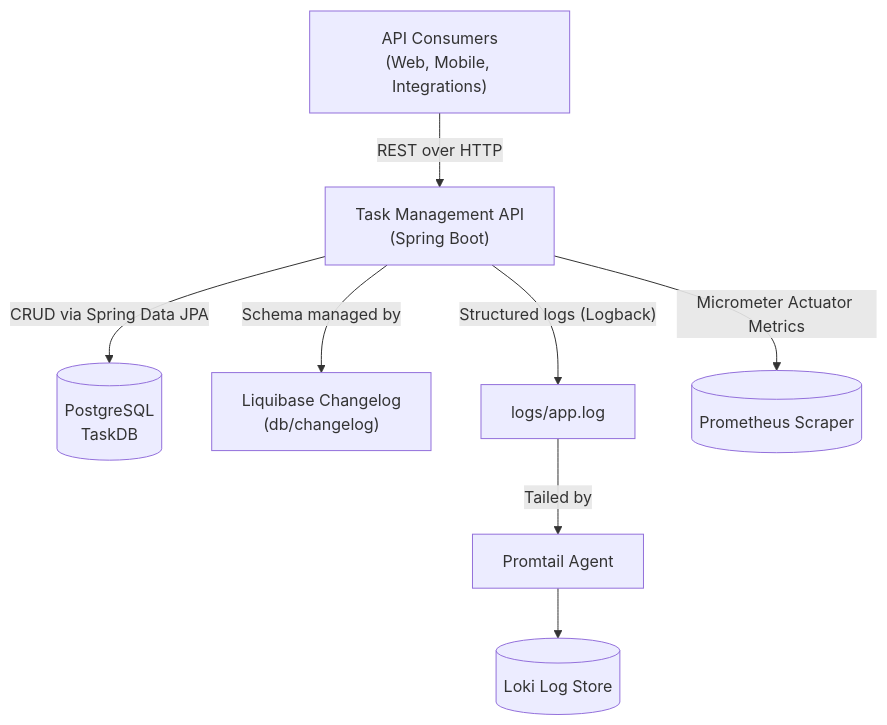
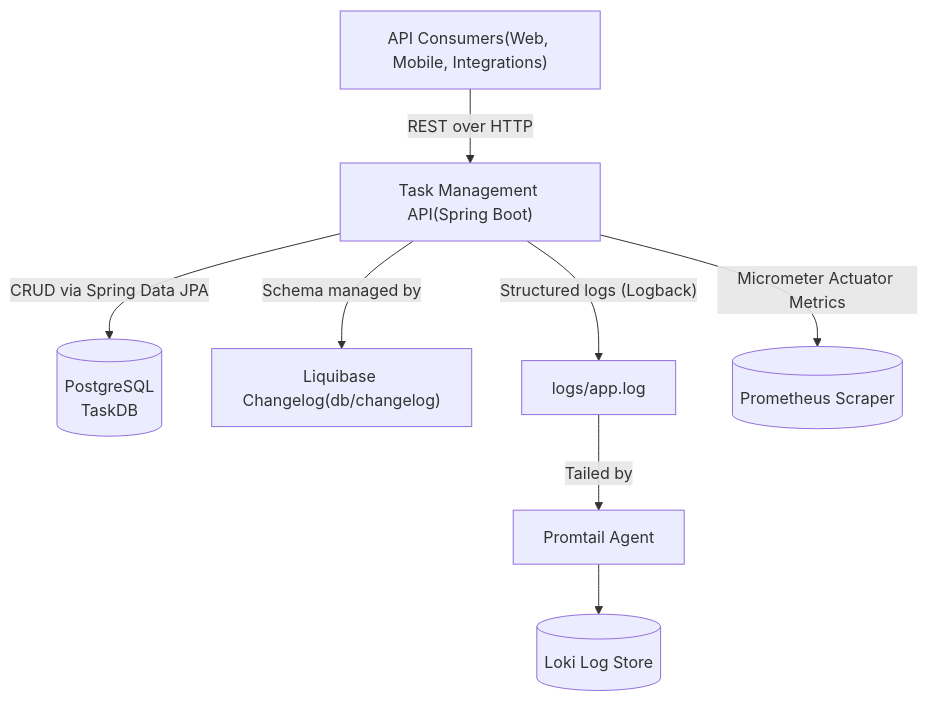
One commit to genzitizens/TaskManagement-Backend changed the first of 4 diagrams in docs/architecture-diagrams.md. Above: the diagram before and after it, drawn with Mermaid. The commit also changed other lines of this file, not shown here.

Commit message:
Updated Architecture Diagram

````diff
--- a/docs/architecture-diagrams.md
+++ b/docs/architecture-diagrams.md
@@ -9,10 +9,10 @@
 ```mermaid
 graph TD
-    Client["API Consumers\n(Web, Mobile, Integrations)"] -->|"REST over HTTP"| ApiService["Task Management API\n(Spring Boot)"]
+    Client["API Consumers(Web, Mobile, Integrations)"] -->|"REST over HTTP"| ApiService["Task Management API(Spring Boot)"]
     ApiService -->|"CRUD via Spring Data JPA"| Postgres[("PostgreSQL\nTaskDB")]
-    ApiService -->|"Schema managed by"| Liquibase["Liquibase Changelog\n(db/changelog)"]
+    ApiService -->|"Schema managed by"| Liquibase["Liquibase Changelog(db/changelog)"]
     ApiService -->|"Structured logs (Logback)"| LogFile["logs/app.log"]
     LogFile -->|"Tailed by"| Promtail["Promtail Agent"]
     Promtail --> Loki[("Loki Log Store")]
     ApiService -->|"Micrometer Actuator Metrics"| Prometheus[("Prometheus Scraper")]
 ```
````
